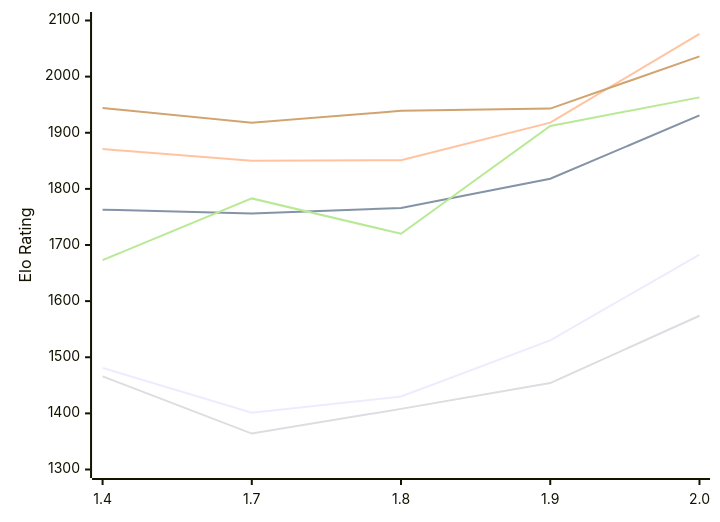
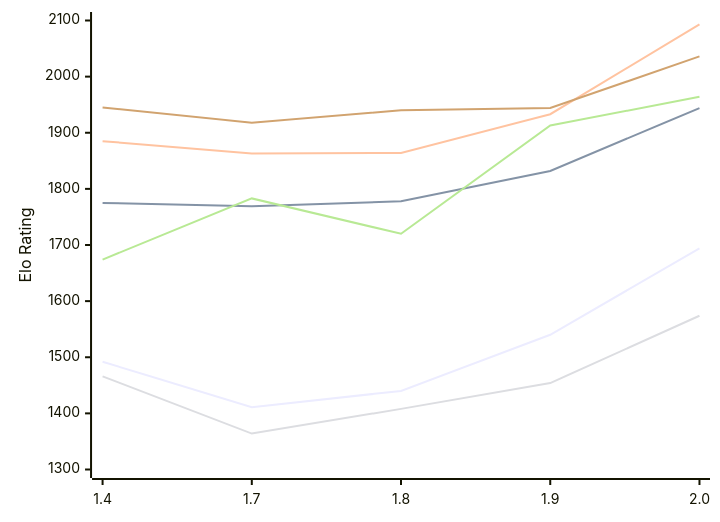
The diagram in engines/Russell.md (computer-chess-index/cci), drawn with Mermaid before and after one commit. The commit also changed other lines of this file, not shown here.

Commit message:
Update CCI Ratings (ELO VLTC) - 2026-11-11

````diff
--- a/engines/Russell.md
+++ b/engines/Russell.md
@@ -55,12 +55,12 @@
 ```mermaid
 %%{init: {"theme":"base","themeVariables":{"seriesColors:['#a3a3a3','#222221','#faa371']}}}%%
 xychart-beta
   x-axis ["1.4", "1.7", "1.8", "1.9", "2.0"]
   y-axis "Elo Rating" 1300 --> 2100
-  line "E1: STC (8.0+0.08s)" [1481, 1401, 1430, 1530, 1683]
-  line "E1: LTC (60.0+0.60s)" [1763, 1756, 1766, 1818, 1931]
-  line "E1: VLTC (2m24s+1.12s)" [1871, 1850, 1851, 1918, 2076]
+  line "E1: STC (8.0+0.08s)" [1492, 1411, 1440, 1540, 1694]
+  line "E1: LTC (60.0+0.60s)" [1775, 1769, 1778, 1832, 1944]
+  line "E1: VLTC (2m24s+1.12s)" [1885, 1863, 1864, 1933, 2093]
   line "P1: STC (8.0+0.08s)" [1466, 1364, 1408, 1454, 1574]
-  line "P1: LTC (60.0+0.60s)" [1673, 1783, 1720, 1912, 1963]
-  line "P1: VLTC (2m24s+1.12s)" [1944, 1918, 1939, 1943, 2036]
+  line "P1: LTC (60.0+0.60s)" [1674, 1783, 1720, 1913, 1964]
+  line "P1: VLTC (2m24s+1.12s)" [1945, 1918, 1940, 1944, 2036]
 ```
````
